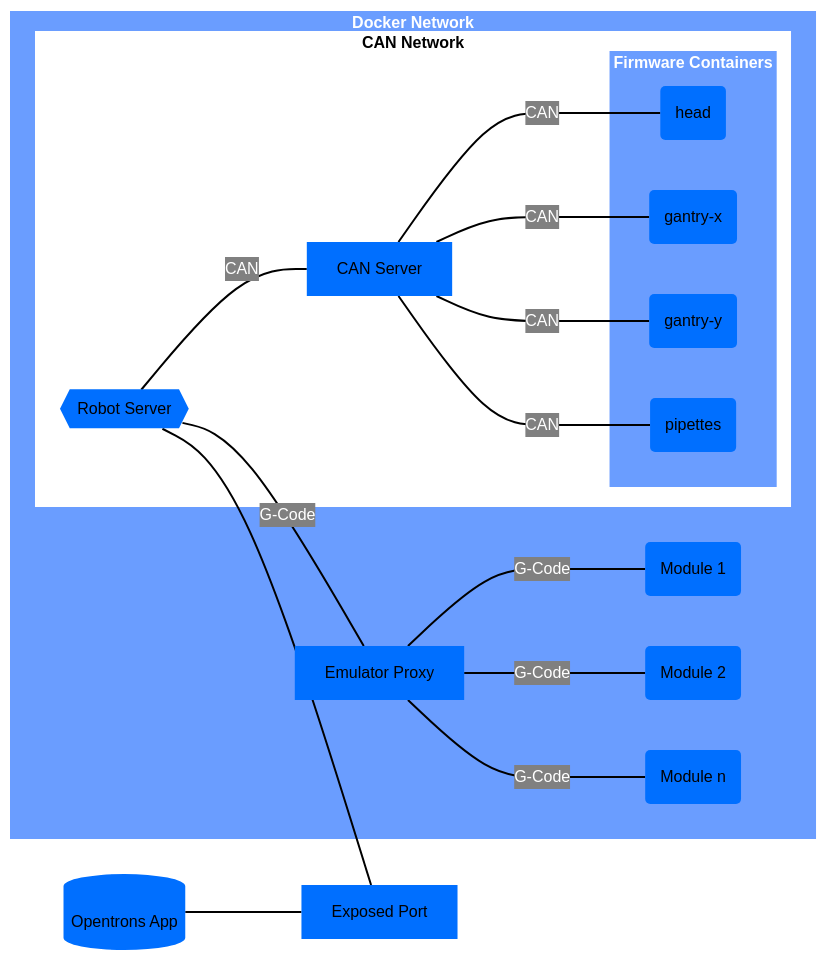
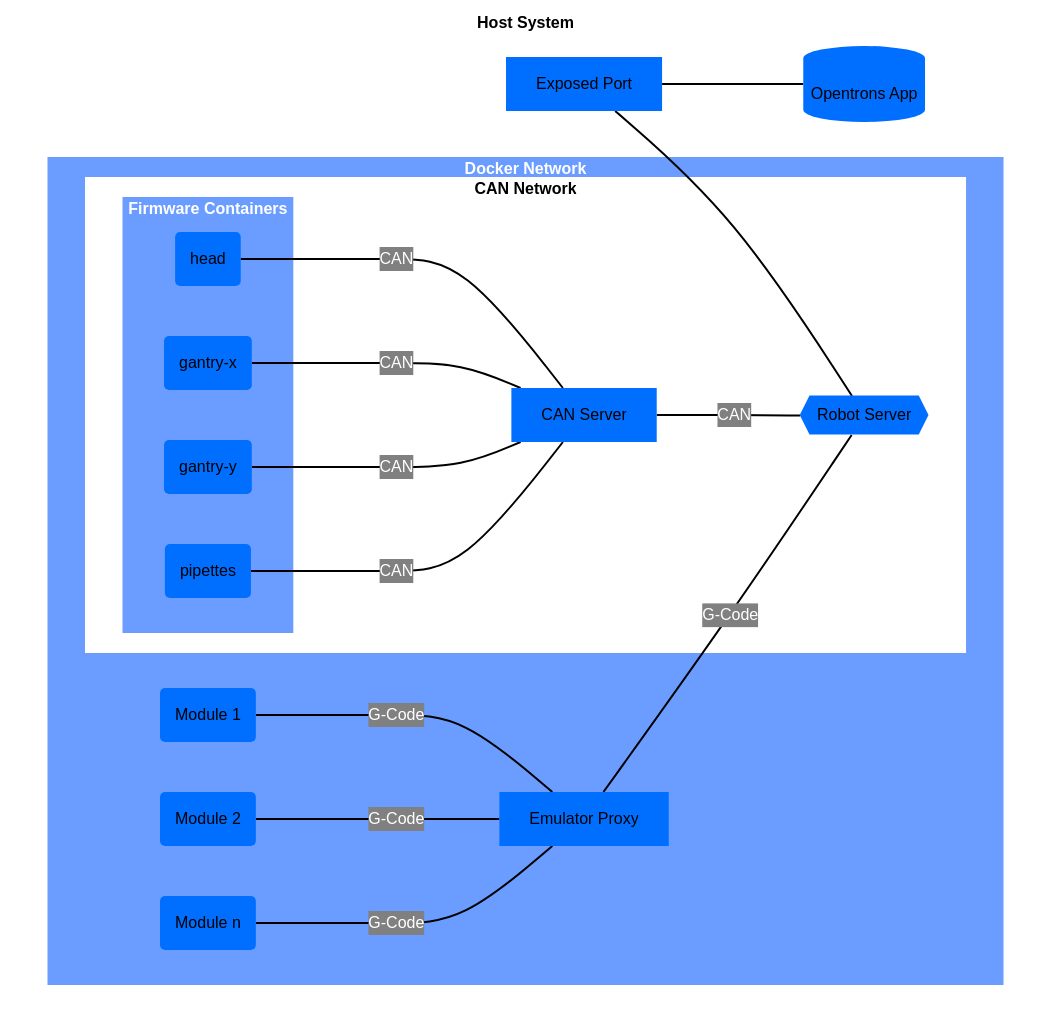
One commit to Opentrons/opentrons-emulation changed the diagram in docs/ARCHITECTURE.md. Above: the diagram before and after it, drawn with Mermaid.

Commit message:
Wrap it in another subgraph to get the styling to work in darkmode

````diff
--- a/docs/ARCHITECTURE.md
+++ b/docs/ARCHITECTURE.md
@@ -30,57 +30,65 @@
 ```mermaid
 %%{init: {'theme': 'base', 'themeVariables': { 'edgeLabelBackground': '#808080', 'background':'#ffffff'}}}%%
 
 flowchart LR
     robot_server{{Robot Server}} --CAN--- can_server[CAN Server]
     robot_server --- exposed_port[Exposed Port]
     app[(Opentrons App)] --- exposed_port
     robot_server --"G-Code"--- emulator_proxy[Emulator Proxy]
 
-    subgraph dn[Docker Network]
+    subgraph hs[Host System]
+        direction RL
+        app
+        exposed_port
         
-        robot_server
-        can_server
-        head
-        gantry_x
-        gantry_y
-        pipettes
-        module_1
-        module_2
-        module_n
-        emulator_proxy
-        subgraph cn[CAN Network]
+        subgraph dn[Docker Network]
             robot_server
             can_server
             head
             gantry_x
             gantry_y
             pipettes
-                subgraph fc [Firmware Containers]
-                    head(head)
-                    gantry_x(gantry-x)
-                    gantry_y(gantry-y)
-                    pipettes(pipettes)
-                    
-                end
+            module_1
+            module_2
+            module_n
+            emulator_proxy
+            
+            subgraph cn[CAN Network]
+                robot_server
+                can_server
+                head
+                gantry_x
+                gantry_y
+                pipettes
+                
+                    subgraph fc [Firmware Containers]
+                        head(head)
+                        gantry_x(gantry-x)
+                        gantry_y(gantry-y)
+                        pipettes(pipettes)
+                        
+                    end
+            end
         end
     end
 
     can_server --CAN---- head(head)
     can_server --CAN---- gantry_x(gantry-x)
     can_server --CAN---- gantry_y(gantry-y)
     can_server --CAN---- pipettes(pipettes)
 
     emulator_proxy --G-Code---- module_1(Module 1)
     emulator_proxy --G-Code---- module_2(Module 2)
     emulator_proxy --G-Code---- module_n(Module n)
 
 
-classDef primarySubgraphStyle fill:#6a9dff,stroke-width:0px,color:white,font-weight:bold;
-classDef secondarySubgraphStyle fill:#ffffff,stroke-width:0px,color:black,font-weight:bold;
-class dn,fc primarySubgraphStyle;
-class cn secondarySubgraphStyle;
+    classDef primarySubgraphStyle fill:#6a9dff,stroke-width:0px,color:white,font-weight:bold;
+    classDef secondarySubgraphStyle fill:#ffffff,stroke-width:0px,color:black,font-weight:bold;
+    class dn,fc primarySubgraphStyle;
+    class cn,hs secondarySubgraphStyle;
+    
+    classDef node fill:#006fff,color:#000000,stroke-width:0px;
+    
+    linkStyle default stroke:#000000,stroke-width:2px,color:white;
 
-classDef node fill:#006fff,color:#000000,stroke-width:0px;
-
-linkStyle default stroke:#000000,stroke-width:2px,color:white;
 ```
````
